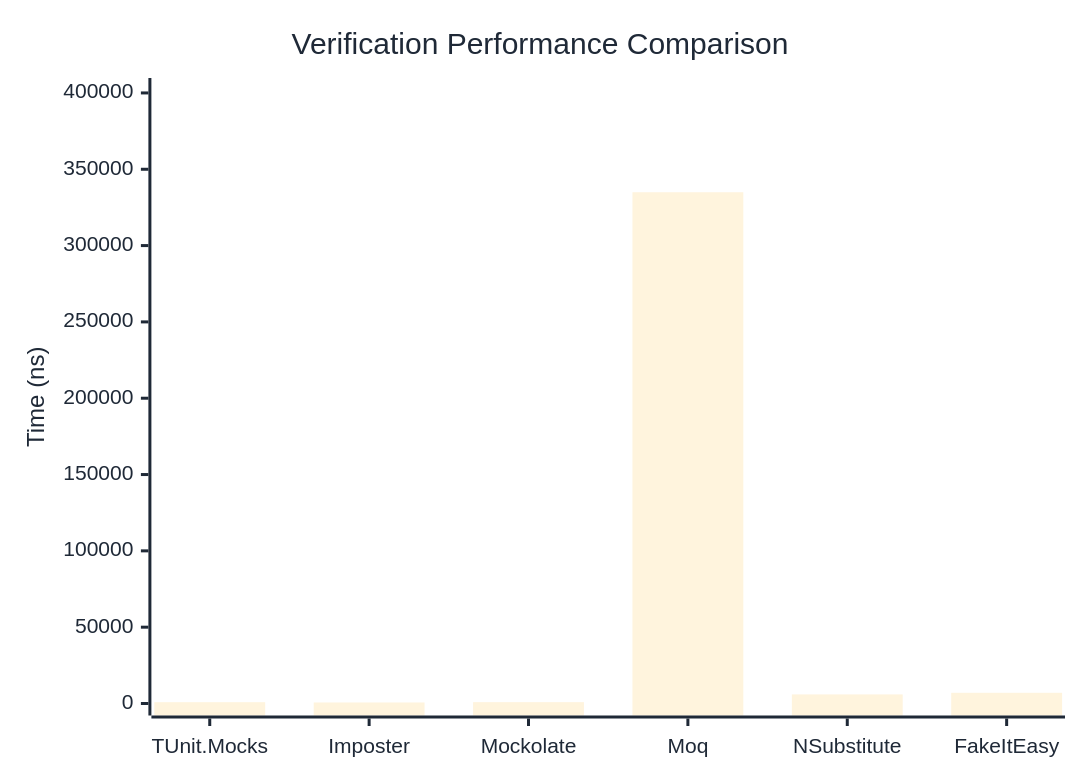
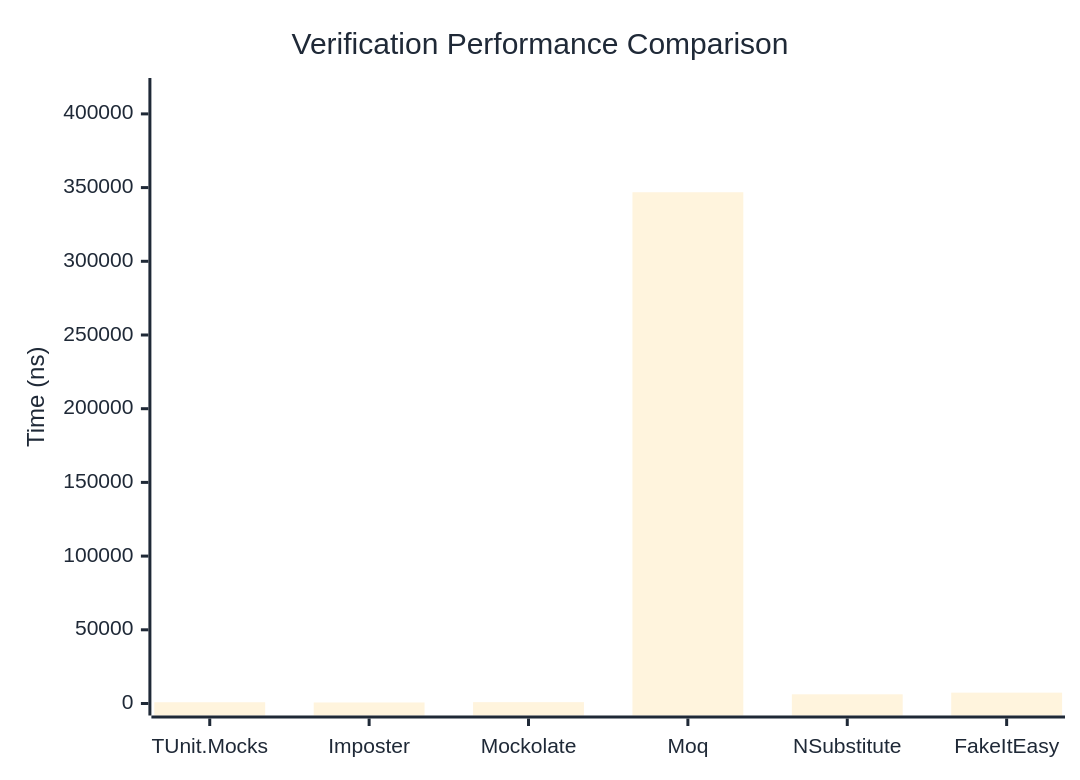
Before and after one commit to thomhurst/TUnit: the first of 3 diagrams in docs/docs/benchmarks/mocks/Verification.md, drawn with Mermaid. The commit also changed other lines of this file and 13 other files, not shown here.

````diff
--- a/docs/docs/benchmarks/mocks/Verification.md
+++ b/docs/docs/benchmarks/mocks/Verification.md
@@ -28,27 +28,27 @@
 ```mermaid
 %%{init: {
   'theme':'base',
   'themeVariables': {
     'primaryColor': '#2563eb',
     'primaryTextColor': '#1f2937',
     'primaryBorderColor': '#1e40af',
     'lineColor': '#6b7280',
     'secondaryColor': '#7c3aed',
     'tertiaryColor': '#dc2626',
     'background': '#ffffff',
     'pie1': '#2563eb',
     'pie2': '#7c3aed',
     'pie3': '#dc2626',
     'pie4': '#f59e0b',
     'pie5': '#10b981',
     'pie6': '#06b6d4',
     'pie7': '#ec4899',
     'pie8': '#6366f1'
   }
 }}%%
 xychart-beta
   title "Verification Performance Comparison"
   x-axis ["TUnit.Mocks", "Imposter", "Mockolate", "Moq", "NSubstitute", "FakeItEasy"]
-  y-axis "Time (ns)" 0 --> 401927
-  bar [863.3, 669.6, 873.68, 334938.35, 5955.45, 7009.46]
+  y-axis "Time (ns)" 0 --> 416210
+  bar [859.9, 695.4, 917.7, 346841.6, 6231.1, 7355.6]
 ```
````
